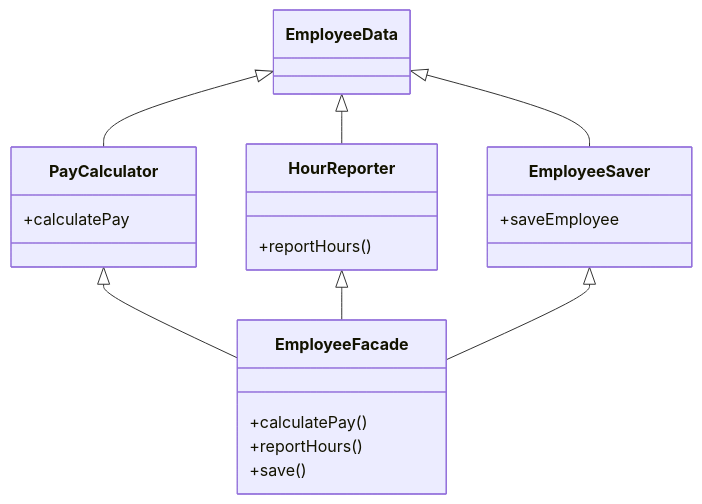
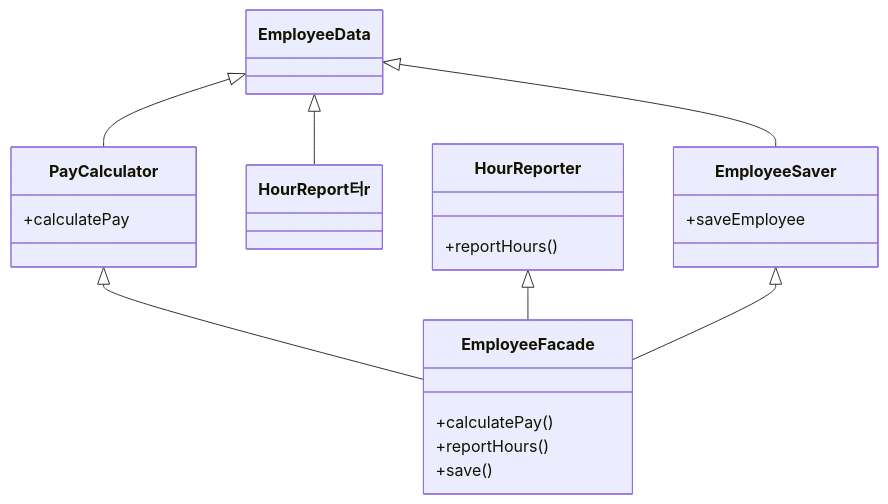
Before and after one commit to changja88/Go_Deeper: the third of 4 diagrams in Book/Clean Architecture/03.설계 원칙/7-1.SRP: 단일 책임 원칙.md, drawn with Mermaid. The commit also changed other lines of this file and 1 other file, not shown here.

Commit message:
오타 수정

````diff
--- a/Book/Clean Architecture/03.설계 원칙/7-1.SRP: 단일 책임 원칙.md
+++ b/Book/Clean Architecture/03.설계 원칙/7-1.SRP: 단일 책임 원칙.md
@@ -55,23 +55,23 @@
       ```mermaid
           classDiagram
           EmployeeData <|-- PayCalculator
-          EmployeeData <|-- HourReporter
+          EmployeeData <|-- HourReport터r
           EmployeeData <|-- EmployeeSaver
           PayCalculator <|-- EmployeeFacade
           HourReporter <|-- EmployeeFacade
           EmployeeSaver <|-- EmployeeFacade
           class PayCalculator {
               +calculatePay
           }
           class HourReporter {
               +reportHours()
           }
           class EmployeeSaver {
               +saveEmployee
           }
           class EmployeeFacade {
               +calculatePay()
               +reportHours()
               +save()
           }
       ```
````
